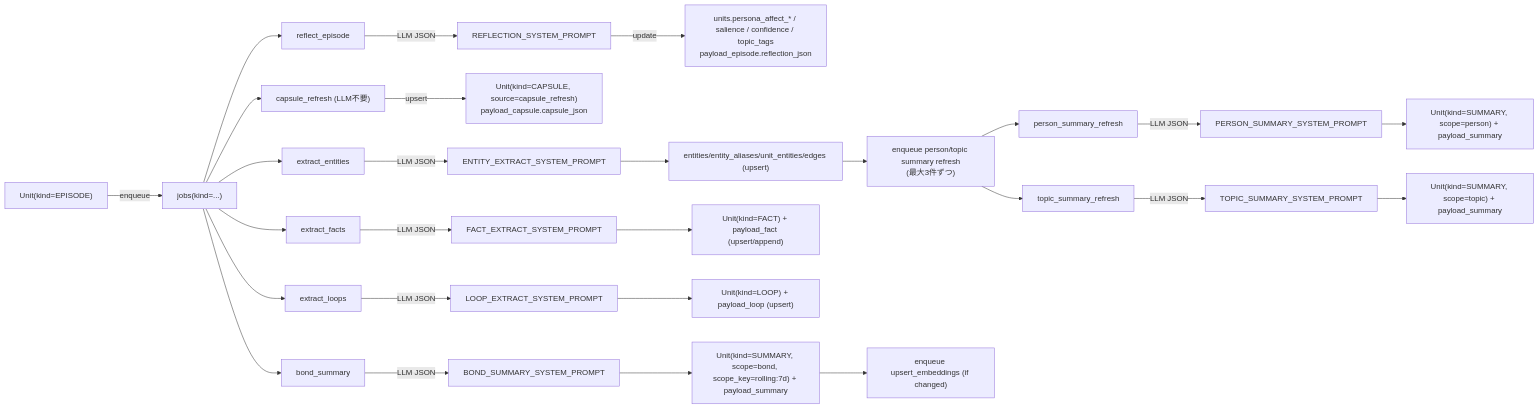
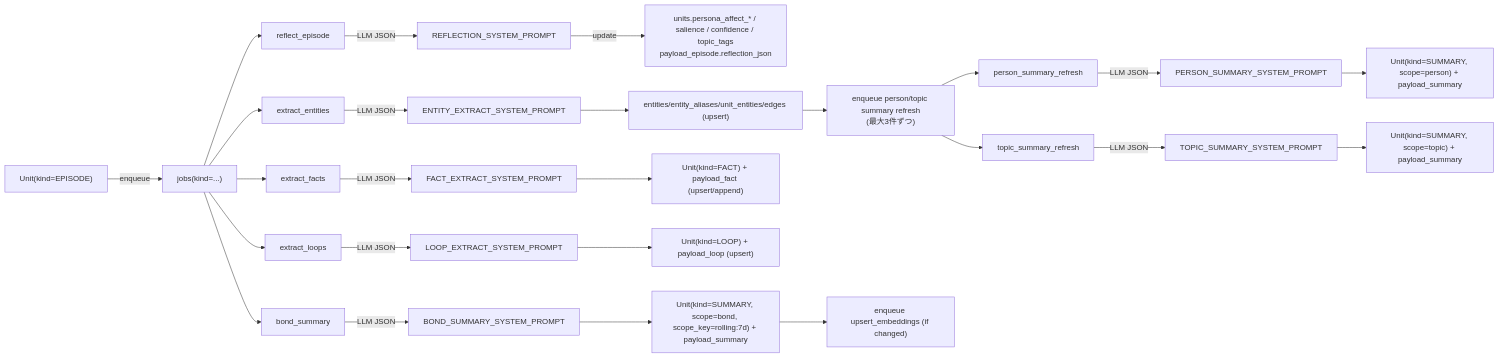
The fourth of 4 diagrams in docs/prompt_usage_map.md (hirona98/cocoro_ghost), drawn with Mermaid before and after one commit. The commit also changed other lines of this file and 12 other files, not shown here.

````diff
--- a/docs/prompt_usage_map.md
+++ b/docs/prompt_usage_map.md
@@ -236,36 +233,34 @@
 ```mermaid
 flowchart LR
   EP["Unit(kind=EPISODE)"] -->|enqueue| J["jobs(kind=...)"]
 
   J --> REFL["reflect_episode"]
   REFL -->|LLM JSON| P1["REFLECTION_SYSTEM_PROMPT"]
   P1 -->|update| U1["units.persona_affect_* / salience / confidence / topic_tags\npayload_episode.reflection_json"]
-  J --> CAPR["capsule_refresh (LLM不要)"]
-  CAPR -->|upsert| CAP["Unit(kind=CAPSULE, source=capsule_refresh)\npayload_capsule.capsule_json"]
 
   J --> ENT["extract_entities"]
   ENT -->|LLM JSON| P3["ENTITY_EXTRACT_SYSTEM_PROMPT"]
   P3 --> EDB["entities/entity_aliases/unit_entities/edges (upsert)"]
   EDB --> ENQSUM["enqueue person/topic summary refresh\n(最大3件ずつ)"]
 
   J --> FACT["extract_facts"]
   FACT -->|LLM JSON| P4["FACT_EXTRACT_SYSTEM_PROMPT"]
   P4 --> FDB["Unit(kind=FACT) + payload_fact (upsert/append)"]
 
   J --> LOOP["extract_loops"]
   LOOP -->|LLM JSON| P5["LOOP_EXTRACT_SYSTEM_PROMPT"]
   P5 --> LDB["Unit(kind=LOOP) + payload_loop (upsert)"]
 
   ENQSUM --> PERS["person_summary_refresh"]
   PERS -->|LLM JSON| P6["PERSON_SUMMARY_SYSTEM_PROMPT"]
   P6 --> S1["Unit(kind=SUMMARY, scope=person) + payload_summary"]
 
   ENQSUM --> TOP["topic_summary_refresh"]
   TOP -->|LLM JSON| P7["TOPIC_SUMMARY_SYSTEM_PROMPT"]
   P7 --> S2["Unit(kind=SUMMARY, scope=topic) + payload_summary"]
 
   J --> WS["bond_summary"]
   WS -->|LLM JSON| P8["BOND_SUMMARY_SYSTEM_PROMPT"]
   P8 --> S3["Unit(kind=SUMMARY, scope=bond, scope_key=rolling:7d) + payload_summary"]
   S3 --> EMB2["enqueue upsert_embeddings (if changed)"]
 ```
````
